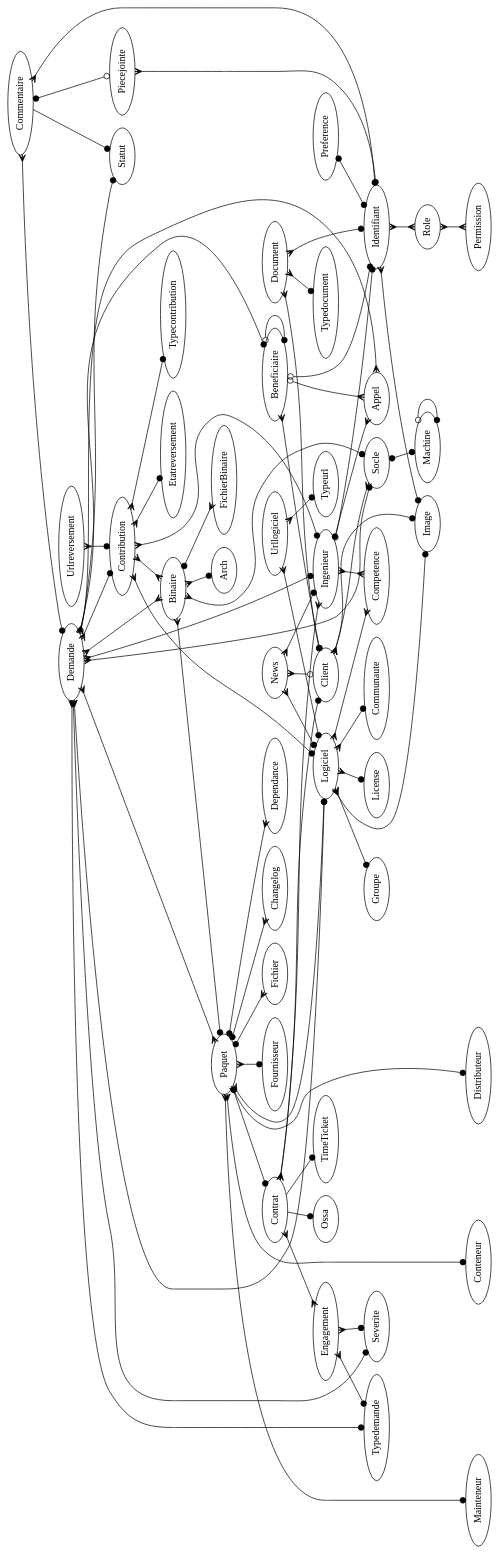
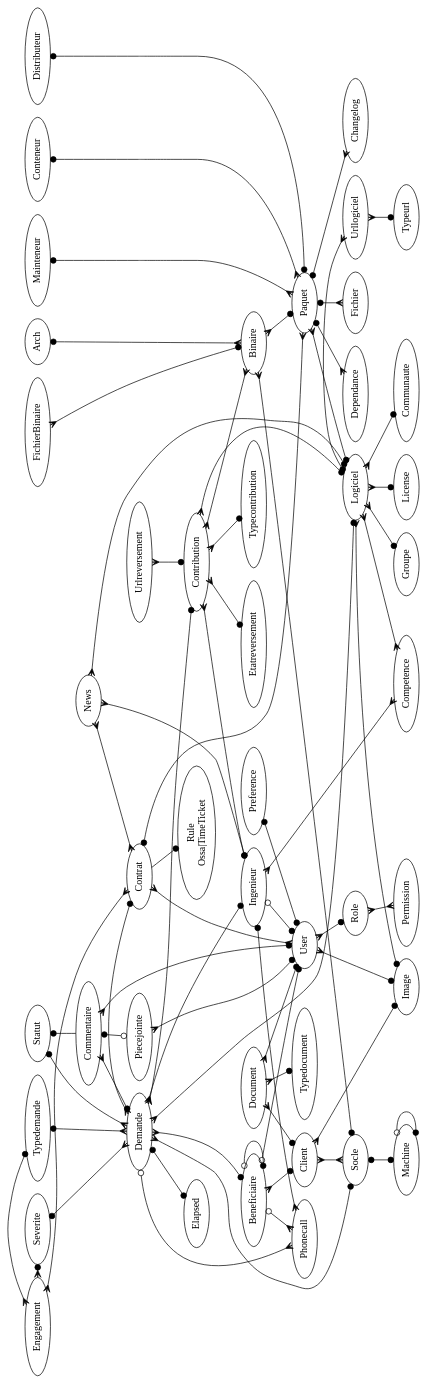
One commit to trivoallan/tosca changed the diagram in doc/modele_donnee.dot. Above: the diagram before and after it, drawn with Graphviz. The commit also changed 3 other files, not shown here.

Commit message:
ajout du modele Elapsed. Nettoyage de la doc. Ca va permettre de faire demande.elapsed.workaround, par exemple. Et c'est vrai qu'elles sont cools ces sexy migrations

```diff
--- a/doc/modele_donnee.dot
+++ b/doc/modele_donnee.dot
@@ -1,89 +1,94 @@
 digraph x {
 
 rotate=90;
 
-{rank=max; Distributeur Mainteneur Conteneur }
+{rank=min; Distributeur Mainteneur Conteneur }
+{rank=min; Typedemande Severite Engagement } 
+{rank=min; Arch FichierBinaire Statut }
+{rank=same; Contrat Demande }
+{rank=same; Beneficiaire Ingenieur }
+{rank=same; Logiciel Urllogiciel }
+
+Rule [label="Rule\nOssa|TimeTicket"]
 
 Binaire -> Paquet [arrowhead=dot,arrowtail=crow,dir=both]
 Binaire -> Socle [arrowhead=dot,dir=both,arrowtail=crow]
 Binaire -> Arch [arrowhead=dot,dir=both,arrowtail=crow]
 Binaire -> FichierBinaire [arrowhead=crow,dir=both,arrowtail=dot]
 
-Beneficiaire -> Identifiant [arrowhead=dot,arrowtail=odot,dir=both]
-Beneficiaire -> Appel [arrowhead=crow,arrowtail=odot,dir=both]
+Beneficiaire -> User [arrowhead=dot,arrowtail=odot,dir=both]
+Beneficiaire -> Phonecall [arrowhead=crow,arrowtail=odot,dir=both]
 Beneficiaire -> Client [arrowhead=dot,dir=both,arrowtail=crow]
 Beneficiaire -> Beneficiaire [arrowhead=dot,arrowtail=odot,dir=both]
 
 Client -> Image [arrowhead=dot,dir=both,arrowtail=crow]
 Client -> Socle [arrowhead=crow,dir=both,arrowtail=crow]
 
 Commentaire -> Demande [arrowhead=dot,dir=both,arrowtail=crow]
-Commentaire -> Identifiant [arrowhead=dot,dir=both,arrowtail=crow]
+Commentaire -> User [arrowhead=dot,dir=both,arrowtail=crow]
 Commentaire -> Piecejointe [arrowhead=odot,dir=both,arrowtail=dot]
 Commentaire -> Statut [arrowhead=dot]
 
-Contrat -> Client [arrowhead=dot,dir=both,arrowtail=crow]
-Contrat -> Ingenieur [arrowhead=crow,arrowtail=crow,dir=both]
+Contrat -> User [arrowhead=crow,dir=both,arrowtail=crow]
 Contrat -> Engagement [arrowhead=crow,arrowtail=crow,dir=both]
-Contrat -> Ossa [arrowhead=dot,arrowtail=crow]
-Contrat -> TimeTicket [arrowhead=dot,arrowtail=crow]
+Contrat -> Rule [arrowhead=dot,arrowtail=crow]
 
-Identifiant -> Image [arrowhead=dot,dir=both,arrowtail=crow]
-Identifiant -> Role [arrowhead=crow,arrowtail=crow,dir=both]
+User -> Image [arrowhead=dot,dir=both,arrowtail=crow]
+User -> Role [arrowhead=dot,arrowtail=crow,dir=both]
 Ingenieur -> Competence [arrowhead=crow,arrowtail=crow,dir=both]
-Ingenieur -> Identifiant [arrowhead=dot,arrowtail=odot,dir=both]
-Ingenieur -> Appel [arrowhead=crow,dir=both,arrowtail=dot]
+Ingenieur -> User [arrowhead=dot,arrowtail=odot,dir=both]
+Ingenieur -> Phonecall [arrowhead=crow,dir=both,arrowtail=dot]
 
 Logiciel -> Competence [arrowhead=crow,arrowtail=crow,dir=both]
 Logiciel -> License [arrowhead=dot,dir=both,arrowtail=crow]
 Logiciel -> Communaute [arrowhead=dot,dir=both,arrowtail=crow]
 Logiciel -> Groupe [arrowhead=dot,dir=both,arrowtail=crow]
 Logiciel -> Image [arrowhead=dot,dir=both,arrowtail=crow]
 
 
 News -> Ingenieur [arrowhead=dot,dir=both,arrowtail=crow]
-News -> Client [arrowhead=odot,dir=both,arrowtail=crow]
+News -> Contrat [arrowhead=crow,dir=both,arrowtail=crow]
 News -> Logiciel [arrowhead=dot,dir=both,arrowtail=crow]
 
+Demande -> Typedemande [arrowhead=dot,dir=both,arrowtail=crow]
+Demande -> Elapsed [arrowhead=dot,dir=both,arrowtail=dot]
+Demande -> Logiciel [arrowhead=dot,dir=both,arrowtail=crow]
+Demande -> Severite [arrowhead=dot,dir=both,arrowtail=crow]
+Demande -> Beneficiaire [arrowhead=dot,dir=both,arrowtail=crow]
+Demande -> Socle [arrowhead=dot,dir=both,arrowtail=crow]
+Demande -> Contribution [arrowhead=dot,dir=both,arrowtail=crow]
+Demande -> Contrat [arrowhead=dot,dir=both,arrowtail=crow]
+Demande -> Statut [arrowhead=dot,dir=both,arrowtail=crow]
+Demande -> Ingenieur [arrowhead=dot,dir=both,arrowtail=crow]
+Demande -> Phonecall [arrowhead=crow,arrowtail=odot,dir=both]
 
 Paquet -> Logiciel [arrowhead=dot,dir=both,arrowtail=crow]
-Paquet -> Fournisseur [arrowhead=dot,dir=both,arrowtail=crow]
 Paquet -> Fichier [arrowhead=crow,dir=both,arrowtail=dot]
 Paquet -> Contrat [arrowhead=dot,dir=both,arrowtail=crow]
 Paquet -> Changelog [arrowhead=crow,dir=both,arrowtail=dot]
 Paquet -> Distributeur [arrowhead=dot,dir=both,arrowtail=dot]
 Paquet -> Dependance [arrowhead=crow,dir=both,arrowtail=dot]
 Paquet -> Mainteneur [arrowhead=dot,dir=both,arrowtail=crow]
 Paquet -> Conteneur [arrowhead=dot,dir=both,arrowtail=crow]
-Preference -> Identifiant [arrowhead=dot,arrowtail=dot,dir=both]
+Preference -> User [arrowhead=dot,arrowtail=dot,dir=both]
 Socle -> Machine [arrowhead=dot,dir=both,arrowtail=dot]
 Machine -> Machine [arrowhead=dot,dir=both,arrowtail=odot]
-Demande -> Typedemande [arrowhead=dot,dir=both,arrowtail=crow]
-Demande -> Logiciel [arrowhead=dot,dir=both,arrowtail=crow]
-Demande -> Severite [arrowhead=dot,dir=both,arrowtail=crow]
-Demande -> Beneficiaire [arrowhead=dot,dir=both,arrowtail=crow]
-Demande -> Socle [arrowhead=dot,dir=both,arrowtail=crow]
-Demande -> Statut [arrowhead=dot,dir=both,arrowtail=crow]
-Demande -> Ingenieur [arrowhead=dot,dir=both,arrowtail=crow]
-Demande -> Binaire [arrowhead=crow,arrowtail=crow,dir=both]
-Demande -> Paquet [arrowhead=crow,arrowtail=crow,dir=both]
-Demande -> Appel [arrowhead=crow,arrowtail=odot,dir=both]
 Urllogiciel -> Logiciel [arrowhead=dot,dir=both,arrowtail=crow]
 Urllogiciel -> Typeurl [arrowhead=dot,dir=both,arrowtail=crow]
 Engagement -> Severite [arrowhead=dot,dir=both,arrowtail=crow]
 Engagement -> Typedemande [arrowhead=dot,dir=both,arrowtail=crow]
 Role -> Permission [arrowhead=crow,arrowtail=crow,dir=both]
 Contribution -> Binaire [arrowhead=crow,arrowtail=crow,dir=both]
 Urlreversement -> Contribution [arrowhead=dot,dir=both,arrowtail=crow]
-Demande -> Contribution [arrowhead=dot,dir=both,arrowtail=crow]
+
 Contribution -> Etatreversement [arrowhead=dot,dir=both,arrowtail=crow]
 Contribution -> Typecontribution [arrowhead=dot,dir=both,arrowtail=crow]
 Contribution -> Logiciel [arrowhead=dot,dir=both,arrowtail=crow]
 Contribution -> Ingenieur [arrowhead=dot,dir=both,arrowtail=crow]
-Piecejointe -> Identifiant [arrowtail=crow,dir=both,arrowhead=dot]
+Piecejointe -> User [arrowtail=crow,dir=both,arrowhead=dot]
 Document -> Client [arrowhead=dot,dir=both,arrowtail=crow]
 Document -> Typedocument [arrowhead=dot,dir=both,arrowtail=crow]
-Document -> Identifiant [arrowhead=dot,dir=both,arrowtail=crow]
+Document -> User [arrowhead=dot,dir=both,arrowtail=crow]
 
 
 }
```
